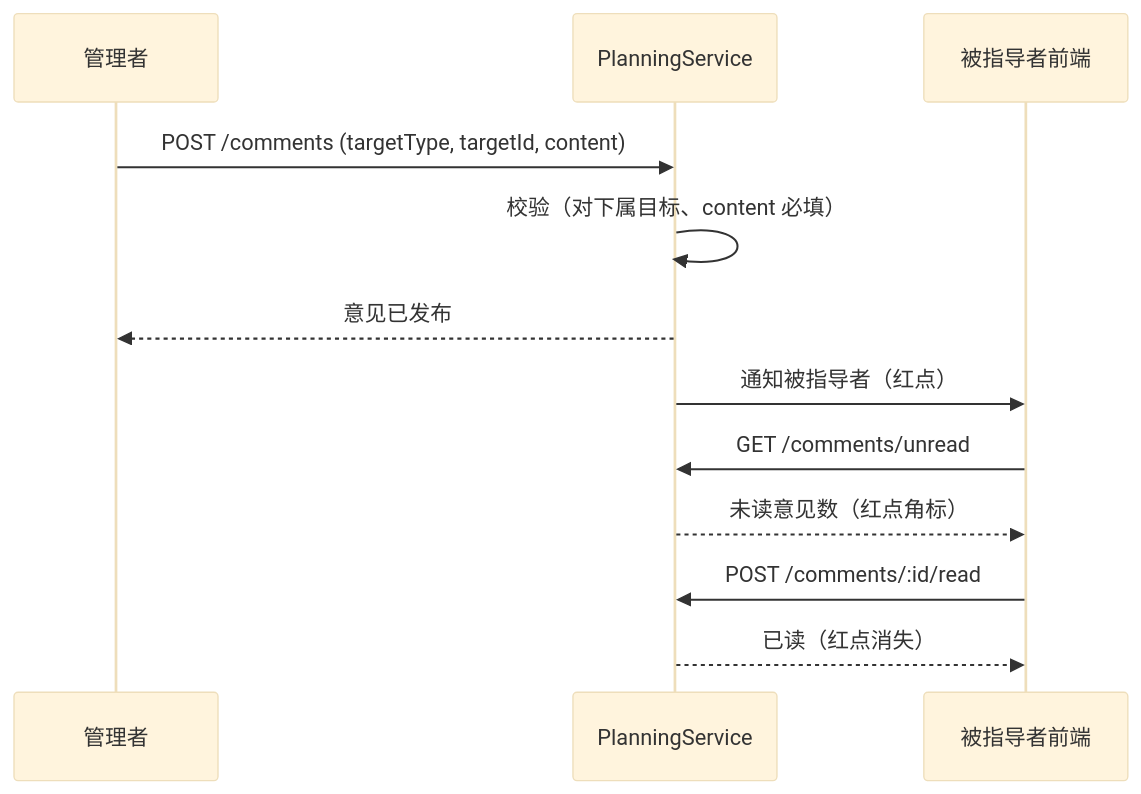
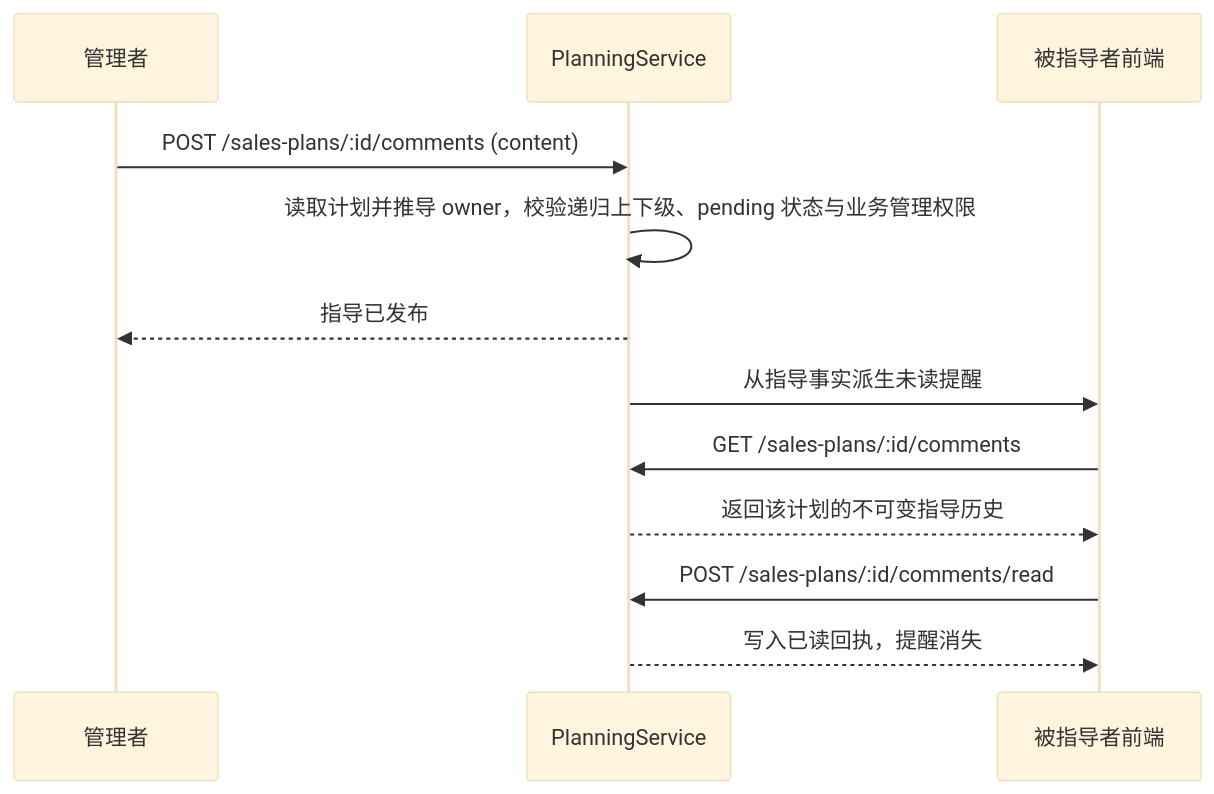
One commit to lixiname/LITECRM changed diagram 22 of 26 in docs/01-当前有效/重构架构决策与实施蓝图.md. Above: the diagram before and after it, drawn with Mermaid (base theme). The commit also changed other lines of this file and 7 other files, not shown here.

````diff
--- a/docs/01-当前有效/重构架构决策与实施蓝图.md
+++ b/docs/01-当前有效/重构架构决策与实施蓝图.md
@@ -1341,14 +1341,14 @@
 ```mermaid
 sequenceDiagram
     participant M as 管理者
     participant S as PlanningService
     participant C as 被指导者前端
-    M->>S: POST /comments (targetType, targetId, content)
-    S->>S: 校验（对下属目标、content 必填）
-    S-->>M: 意见已发布
-    S->>C: 通知被指导者（红点）
-    C->>S: GET /comments/unread
-    S-->>C: 未读意见数（红点角标）
-    C->>S: POST /comments/:id/read
-    S-->>C: 已读（红点消失）
+    M->>S: POST /sales-plans/:id/comments (content)
+    S->>S: 读取计划并推导 owner，校验递归上下级、pending 状态与业务管理权限
+    S-->>M: 指导已发布
+    S->>C: 从指导事实派生未读提醒
+    C->>S: GET /sales-plans/:id/comments
+    S-->>C: 返回该计划的不可变指导历史
+    C->>S: POST /sales-plans/:id/comments/read
+    S-->>C: 写入已读回执，提醒消失
 ```
````
